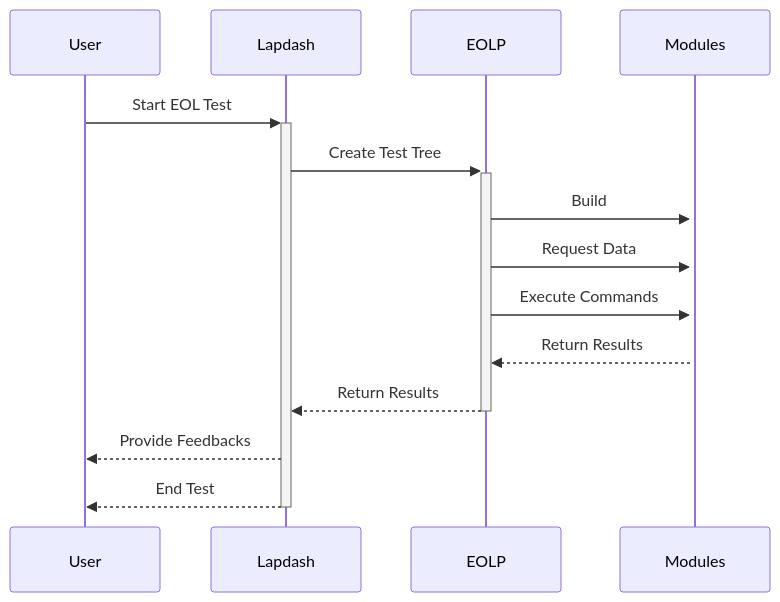
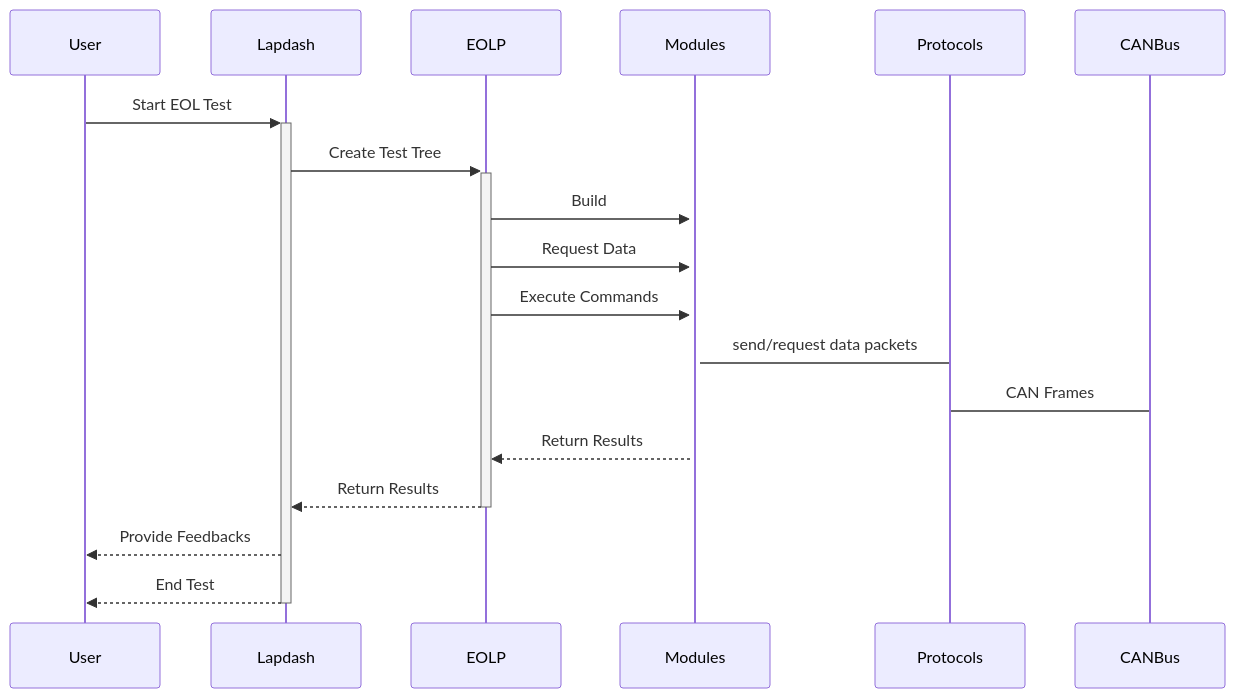
Before and after one commit to stko/labdash: the diagram in web/eol/README.md, drawn with Mermaid.

Commit message:
cosmetics

````diff
--- a/web/eol/README.md
+++ b/web/eol/README.md
@@ -28,13 +28,15 @@
 ```mermaid
 sequenceDiagram
     User->>+Lapdash: Start EOL Test
     Lapdash->>+EOLP: Create Test Tree
     EOLP->>+Modules: Build
     EOLP->>Modules: Request Data
     EOLP->>Modules: Execute Commands
+    Modules->Protocols: send/request data packets
+    Protocols->CANBus: CAN Frames
     Modules -->>EOLP: Return Results
     EOLP -->>-Lapdash: Return Results
     Lapdash -->>User: Provide Feedbacks
     Lapdash -->>-User: End Test
     
 ```
````
